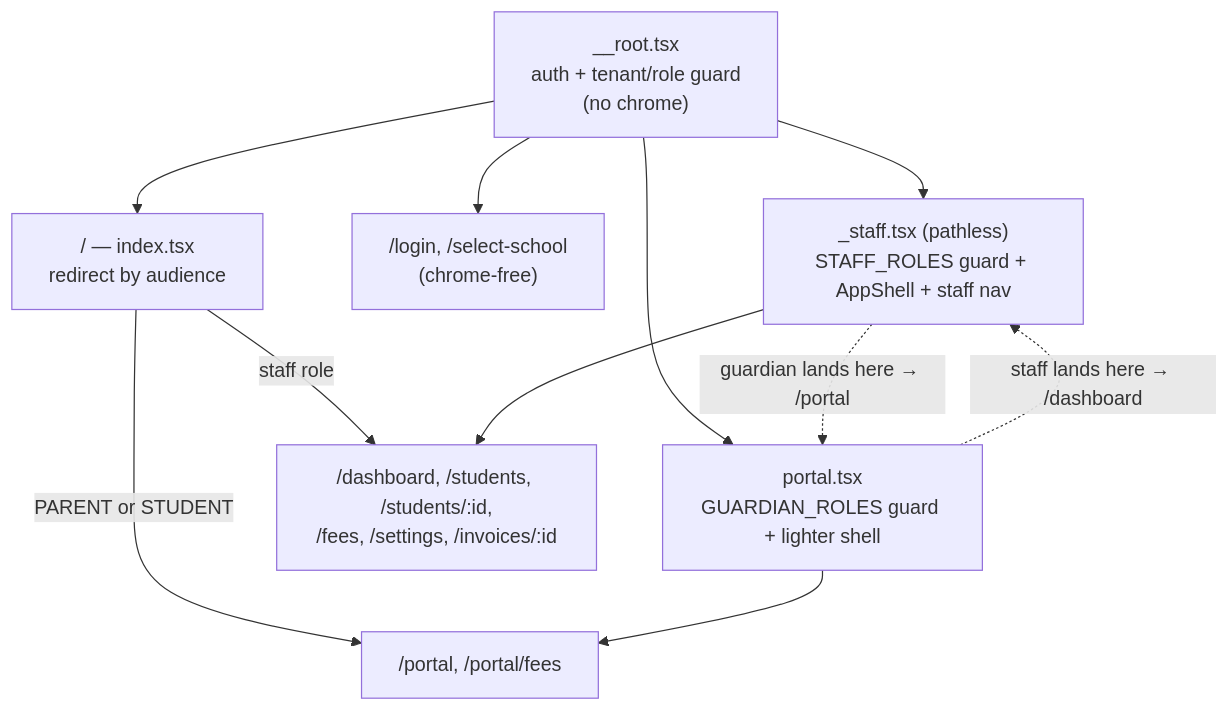
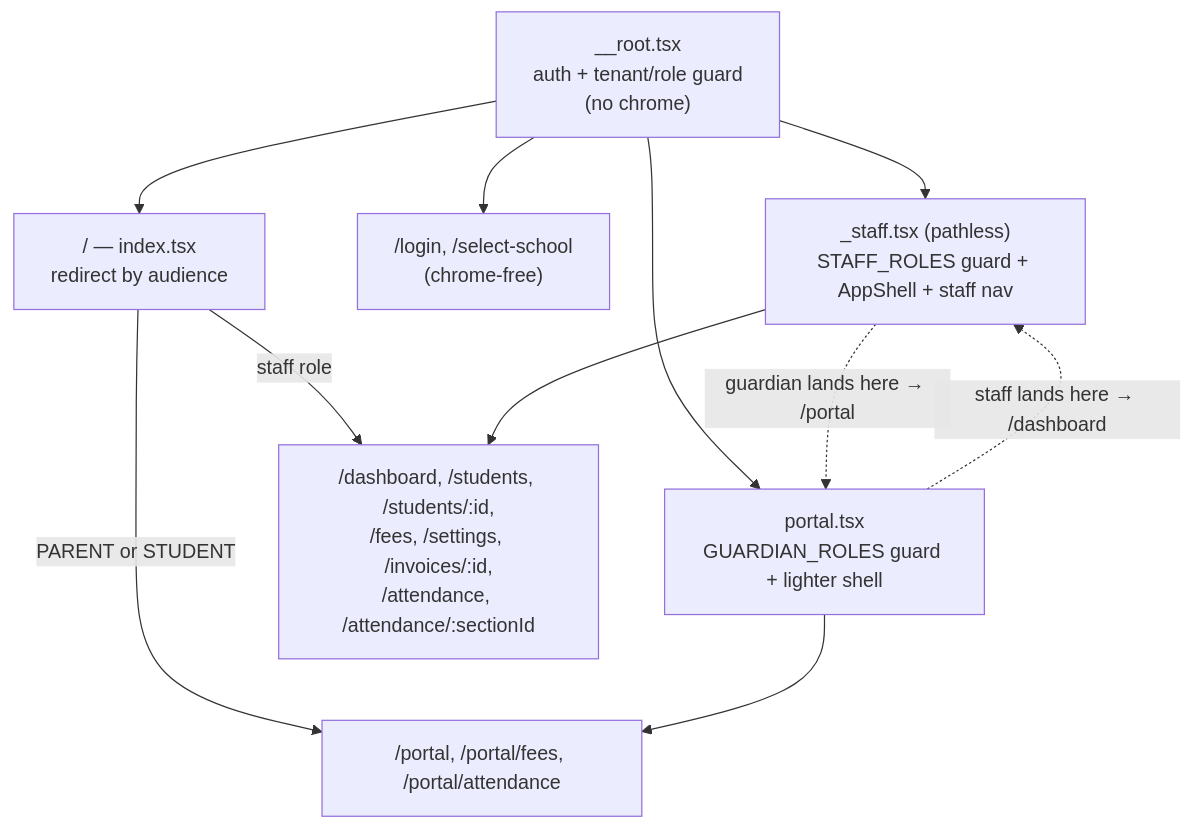
One commit to tareq89/biddaloy changed the second of 8 diagrams in docs/architecture/06-frontend-architecture.md. Above: the diagram before and after it, drawn with Mermaid. The commit also changed other lines of this file and 34 other files, not shown here.

````diff
--- a/docs/architecture/06-frontend-architecture.md
+++ b/docs/architecture/06-frontend-architecture.md
@@ -31,21 +31,21 @@
 ```mermaid
 flowchart TD
     ROOT["__root.tsx\nauth + tenant/role guard\n(no chrome)"]
     SLASH["/ — index.tsx\nredirect by audience"]
     LOGIN["/login, /select-school\n(chrome-free)"]
     STAFF["_staff.tsx (pathless)\nSTAFF_ROLES guard + AppShell + staff nav"]
     PORTAL["portal.tsx\nGUARDIAN_ROLES guard + lighter shell"]
-    SROUTES["/dashboard, /students, /students/:id,\n/fees, /settings, /invoices/:id"]
-    PROUTES["/portal, /portal/fees"]
+    SROUTES["/dashboard, /students, /students/:id,\n/fees, /settings, /invoices/:id,\n/attendance, /attendance/:sectionId"]
+    PROUTES["/portal, /portal/fees, /portal/attendance"]
 
     ROOT --> SLASH
     ROOT --> LOGIN
     ROOT --> STAFF
     ROOT --> PORTAL
     SLASH -->|"staff role"| SROUTES
     SLASH -->|"PARENT or STUDENT"| PROUTES
     STAFF --> SROUTES
     PORTAL --> PROUTES
     STAFF -.->|"guardian lands here → /portal"| PORTAL
     PORTAL -.->|"staff lands here → /dashboard"| STAFF
 ```
````
